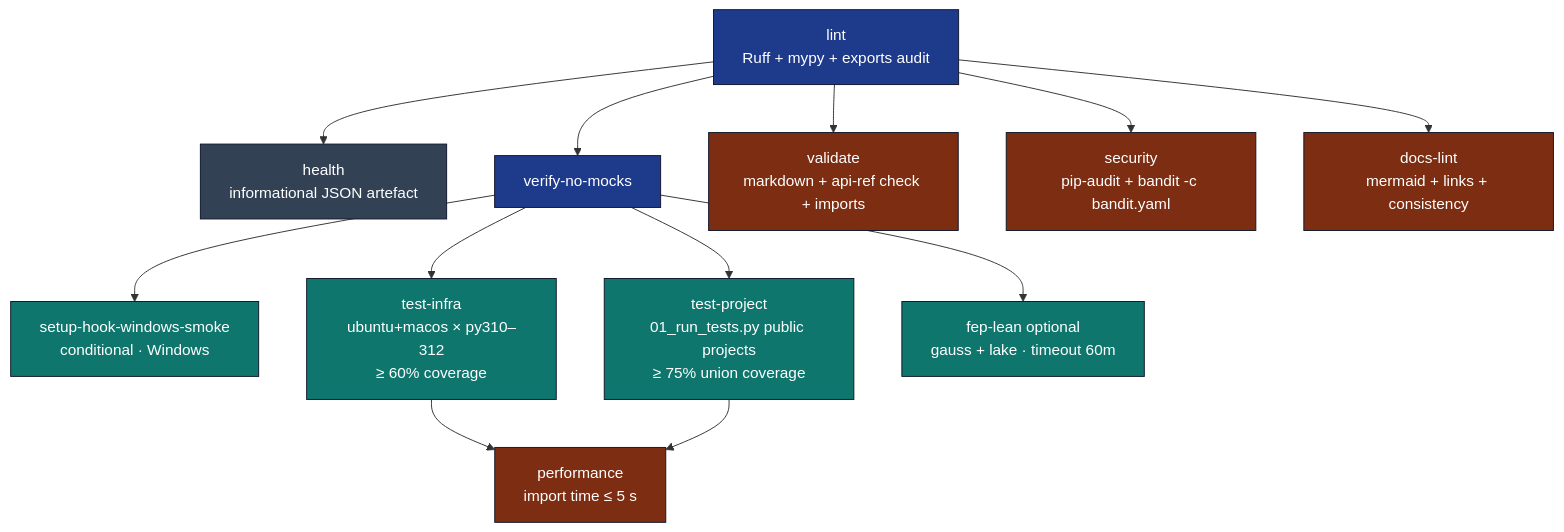
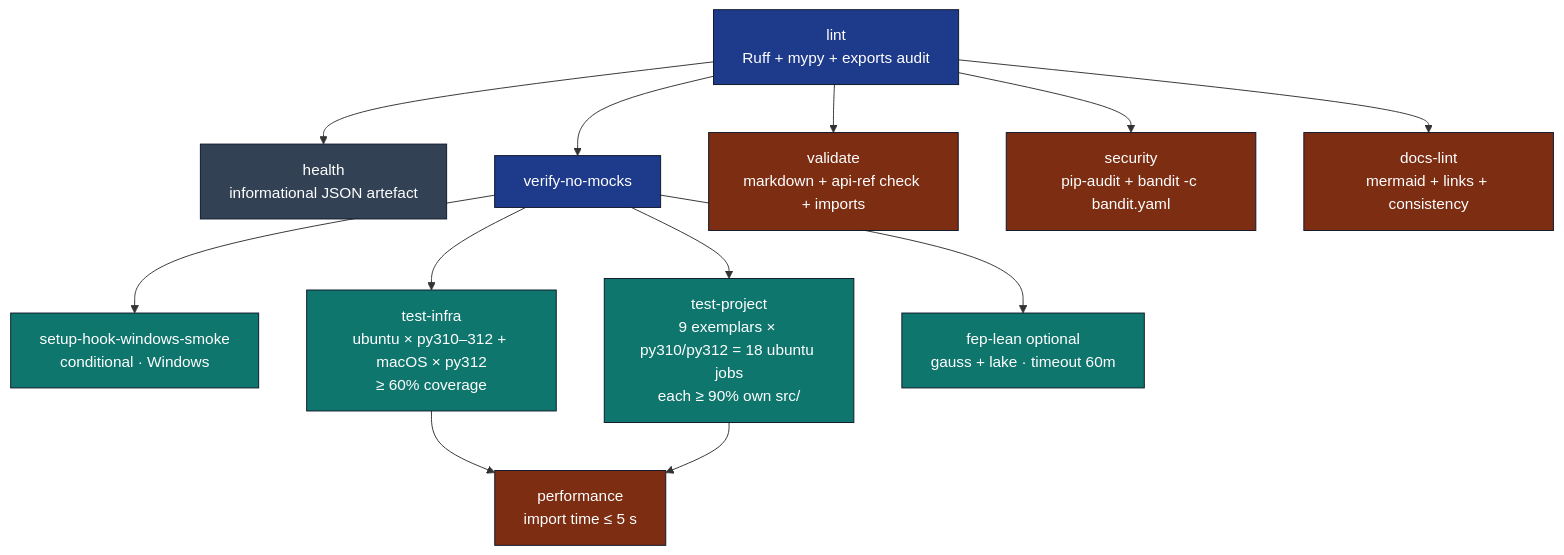
The diagram in .github/workflows/README.md (docxology/template), drawn with Mermaid before and after one commit. The commit also changed 4 other files, not shown here.

First line of the commit message:
ci: split Project Tests into one parallel job per exemplar

````diff
--- a/.github/workflows/README.md
+++ b/.github/workflows/README.md
@@ -21,23 +21,23 @@
 ```mermaid
 flowchart TB
     LINT[lint<br/>Ruff + mypy + exports audit] --> HEALTH[health<br/>informational JSON artefact]
     LINT --> VNM[verify-no-mocks]
     LINT --> VAL[validate<br/>markdown + api-ref check + imports]
     LINT --> SEC[security<br/>pip-audit + bandit -c bandit.yaml]
     LINT --> DL[docs-lint<br/>mermaid + links + consistency]
     VNM --> SHW[setup-hook-windows-smoke<br/>conditional · Windows]
-    VNM --> TI[test-infra<br/>ubuntu+macos × py310–312<br/>≥ 60% coverage]
-    VNM --> TP[test-project<br/>01_run_tests.py public projects<br/>≥ 75% union coverage]
+    VNM --> TI[test-infra<br/>ubuntu × py310–312 + macOS × py312<br/>≥ 60% coverage]
+    VNM --> TP[test-project<br/>9 exemplars × py310/py312 = 18 ubuntu jobs<br/>each ≥ 90% own src/]
     VNM --> FL[fep-lean optional<br/>gauss + lake · timeout 60m]
     TI --> PERF[performance<br/>import time ≤ 5 s]
     TP --> PERF
 
     classDef gate fill:#1e3a8a,stroke:#0f172a,color:#fff
     classDef matrix fill:#0f766e,stroke:#0f172a,color:#fff
     classDef terminal fill:#7c2d12,stroke:#0f172a,color:#fff
     classDef info fill:#334155,stroke:#0f172a,color:#fff
     class LINT,VNM gate
     class TI,TP,FL,SHW matrix
     class VAL,SEC,DL,PERF terminal
     class HEALTH info
 ```
````
